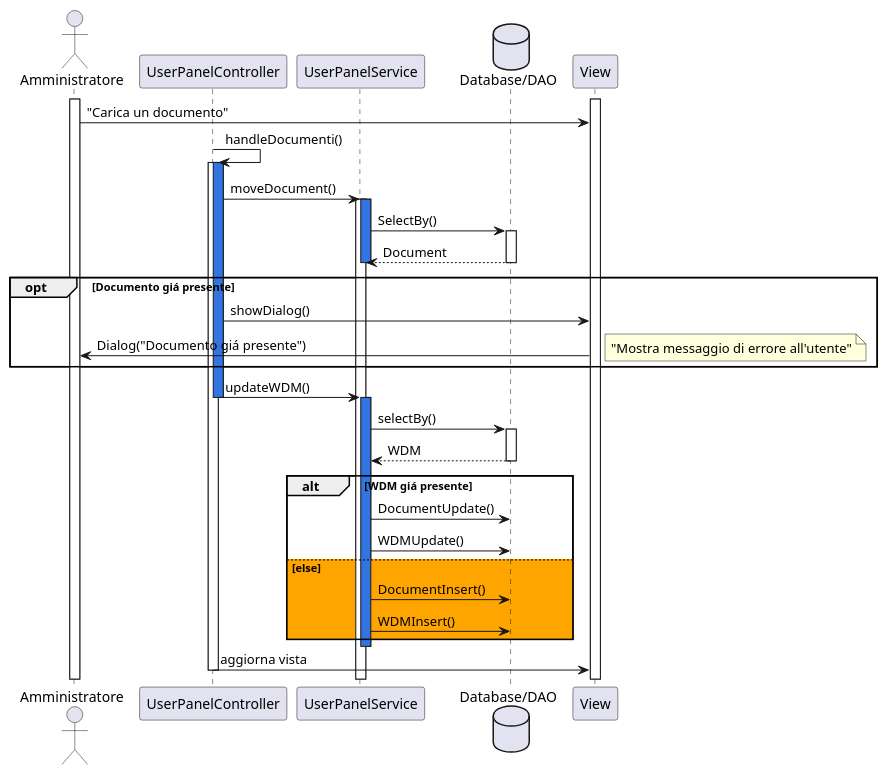
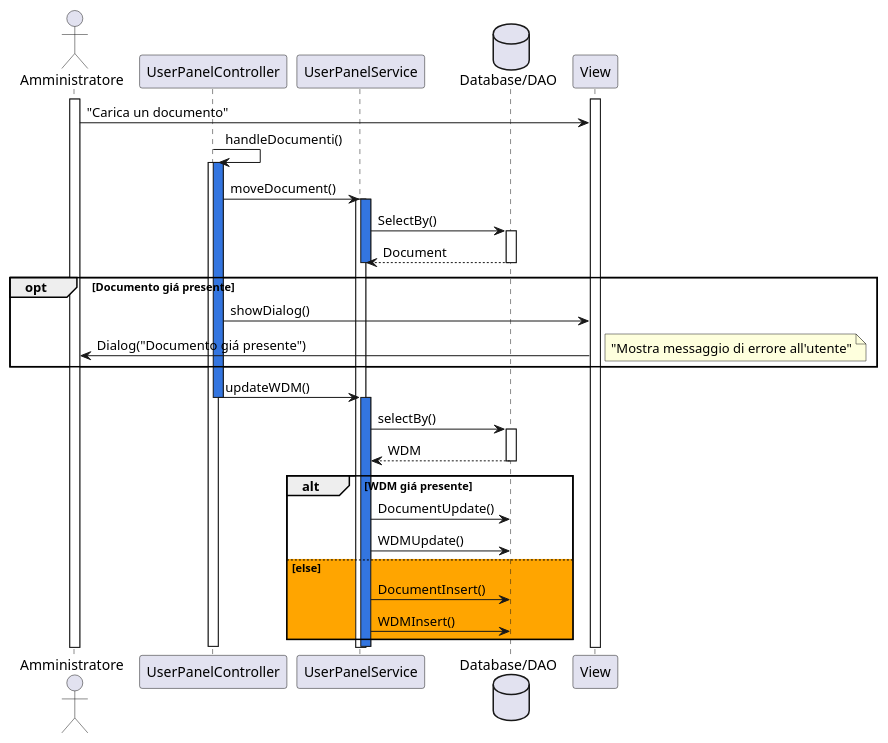
The diagram in docs/UML/DiagrammiSequenza/upload_doc.puml (Bg735/Wordageddon-Gruppo_16), drawn with PlantUML before and after one commit. The commit also changed 15 other files, not shown here.

```diff
--- a/docs/UML/DiagrammiSequenza/upload_doc.puml
+++ b/docs/UML/DiagrammiSequenza/upload_doc.puml
@@ -1,49 +1,48 @@
 @startuml
 actor Amministratore
 participant UserPanelController
 participant UserPanelService
 database "Database/DAO" as DB
 participant View
 
 activate Amministratore
 activate View
 Amministratore -> View : "Carica un documento"
 UserPanelController -> UserPanelController : handleDocumenti()
 activate UserPanelController
 
 activate UserPanelController #3375E0
 UserPanelController -> UserPanelService :moveDocument()
 activate UserPanelService
 activate UserPanelService #3375E0
 UserPanelService -> DB : SelectBy()
 activate DB
 DB --> UserPanelService : Document
 deactivate UserPanelService
 deactivate DB
 opt Documento giá presente
     UserPanelController -> View : showDialog()
     View -> Amministratore: Dialog("Documento giá presente")
         note right
             "Mostra messaggio di errore all'utente"
         end note
 end
 
 UserPanelController -> UserPanelService : updateWDM()
 deactivate UserPanelController
 
 activate UserPanelService #3375E0
 UserPanelService -> DB : selectBy()
 activate DB
 DB --> UserPanelService : WDM
 deactivate DB
 alt WDM giá presente
 UserPanelService -> DB : DocumentUpdate()
 UserPanelService -> DB : WDMUpdate()
 else #orange else
     UserPanelService -> DB : DocumentInsert()
     UserPanelService -> DB : WDMInsert()
 end
 deactivate UserPanelService
-UserPanelController -> View : aggiorna vista
 deactivate UserPanelController
 @enduml
```
